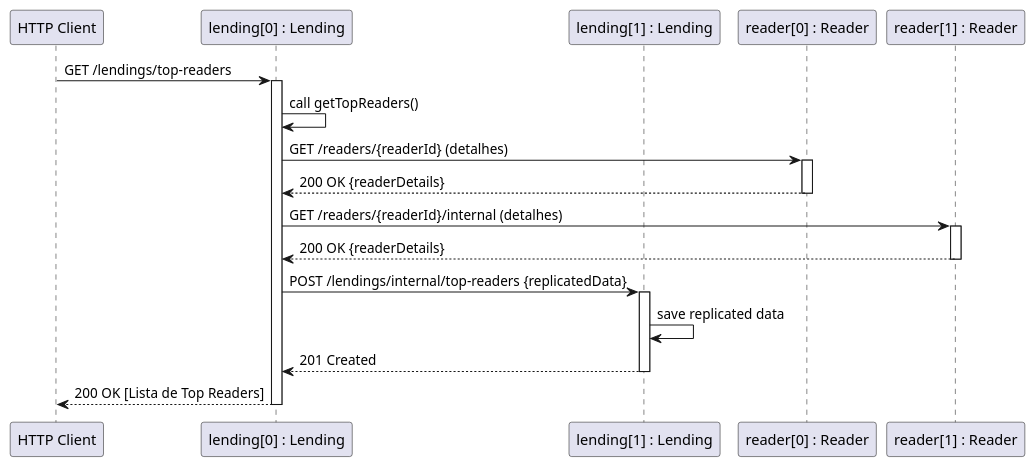
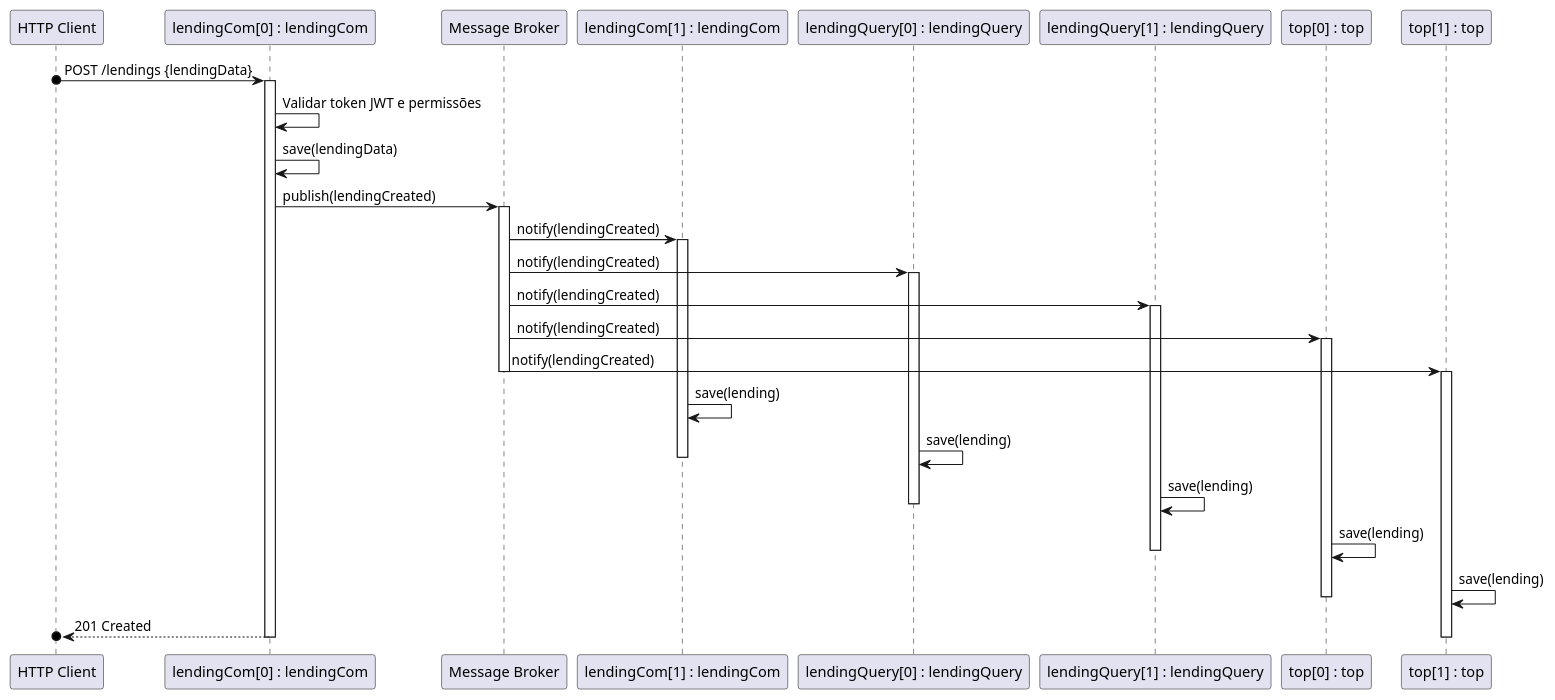
One commit to GitHubCatarina/SIDIS changed the diagram in Docs/Design/Entrega2/Vistas de Processos/Nível 2/Comunicacao_2_Microservico.puml. Above: the diagram before and after it, drawn with PlantUML. The commit also changed 20 other files, not shown here.

```diff
--- a/Docs/Design/Entrega2/Vistas de Processos/Nível 2/Comunicacao_2_Microservico.puml
+++ b/Docs/Design/Entrega2/Vistas de Processos/Nível 2/Comunicacao_2_Microservico.puml
@@ -1,37 +1,57 @@
 @startuml
+' Definindo os participantes
 participant "HTTP Client" as client
-participant "lending[0] : Lending" as lending0
-participant "lending[1] : Lending" as lending1
-participant "reader[0] : Reader" as reader0
-participant "reader[1] : Reader" as reader1
+participant "lendingCom[0] : lendingCom" as lending0
+participant "Message Broker" as mb
+participant "lendingCom[1] : lendingCom" as lending1
+participant "lendingQuery[0] : lendingQuery" as lending01
+participant "lendingQuery[1] : lendingQuery" as lending11
+participant "top[0] : top" as top0
+participant "top[1] : top" as top1
 
-' O cliente faz uma solicitação para o serviço Lending
-client -> lending0: GET /lendings/top-readers
+
+' O cliente faz uma requisição para criar um novo leitor
+client o-> lending0: POST /lendings {lendingData}
 activate lending0
 
-' lending[0] busca os top readers localmente
-lending0 -> lending0: call getTopReaders()
+' O lending Service valida o token e permissões localmente
+lending0 -> lending0: Validar token JWT e permissões
 
-' lending[0] consulta a primeira instância de Reader para detalhes dos leitores
-lending0 -> reader0: GET /readers/{readerId} (detalhes)
-activate reader0
-reader0 --> lending0: 200 OK {readerDetails}
-deactivate reader0
+' Verifica as permissões e cria o leitor
+lending0 -> lending0: save(lendingData)
 
-' lending[0] também consulta a segunda instância de Reader para consistência
-lending0 -> reader1: GET /readers/{readerId}/internal (detalhes)
-activate reader1
-reader1 --> lending0: 200 OK {readerDetails}
-deactivate reader1
+lending0 -> mb: publish(lendingCreated)
+activate mb
 
-' Replicação para a segunda instância do Lending
-lending0 -> lending1: POST /lendings/internal/top-readers {replicatedData}
+' Replicando dados para a outra instância (espelhamento)
+mb -> lending1: notify(lendingCreated)
 activate lending1
-lending1 -> lending1: save replicated data
-lending1 --> lending0: 201 Created
+mb -> lending01: notify(lendingCreated)
+activate lending01
+mb -> lending11: notify(lendingCreated)
+activate lending11
+mb -> top0: notify(lendingCreated)
+activate top0
+mb -> top1: notify(lendingCreated)
+deactivate mb
+
+activate top1
+
+
+
+lending1 -> lending1: save(lending)
+lending01 -> lending01: save(lending)
 deactivate lending1
+lending11 -> lending11: save(lending)
+deactivate lending01
+top0 -> top0: save(lending)
+deactivate lending11
+top1 -> top1: save(lending)
+deactivate top0
 
-' Resposta final ao cliente
-lending0 --> client: 200 OK [Lista de Top Readers]
+
+' Responder ao cliente com sucesso final após a replicação
+lending0 -->o client: 201 Created
+deactivate top1
 deactivate lending0
 @enduml
```
